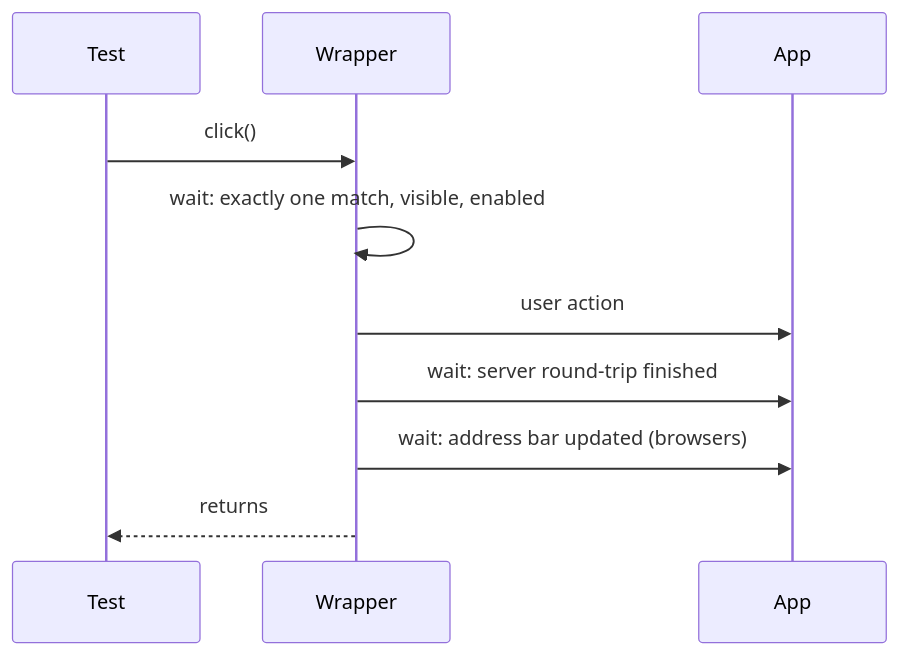
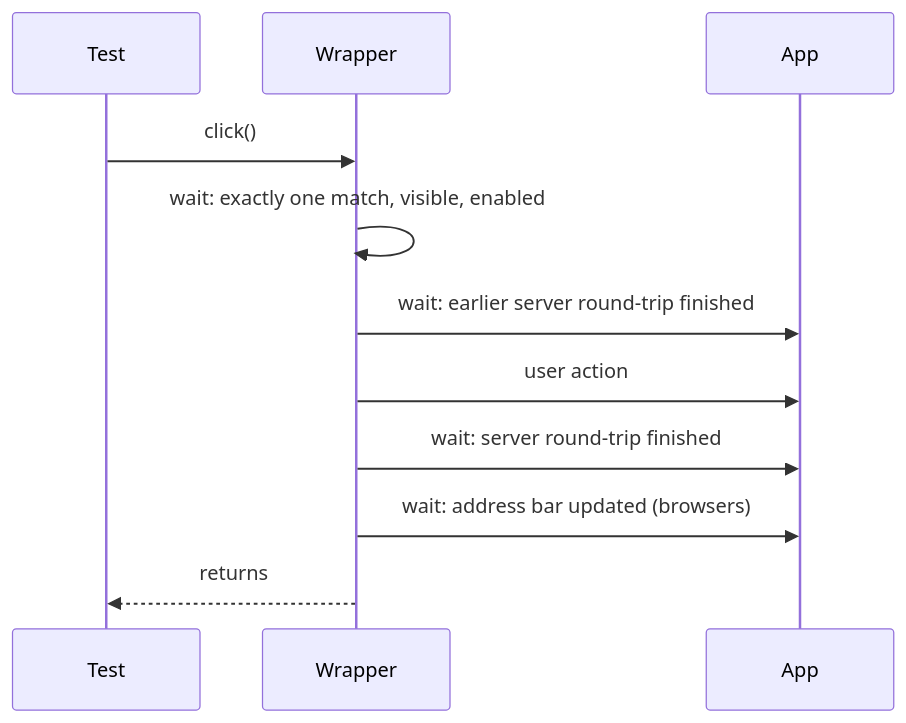
The diagram in docs/spec/05-waiting.md (parttio/unified-testing-tool), drawn with Mermaid before and after one commit. The commit also changed other lines of this file and 10 other files, not shown here.

First line of the commit message:
Playwright actions wait for Flow to be idle before acting (#604)

````diff
--- a/docs/spec/05-waiting.md
+++ b/docs/spec/05-waiting.md
@@ -9,12 +9,13 @@
 ```mermaid
 sequenceDiagram
     participant T as Test
     participant W as Wrapper
     participant A as App
     T->>W: click()
     W->>W: wait: exactly one match, visible, enabled
+    W->>A: wait: earlier server round-trip finished
     W->>A: user action
     W->>A: wait: server round-trip finished
     W->>A: wait: address bar updated (browsers)
     W-->>T: returns
 ```
````
